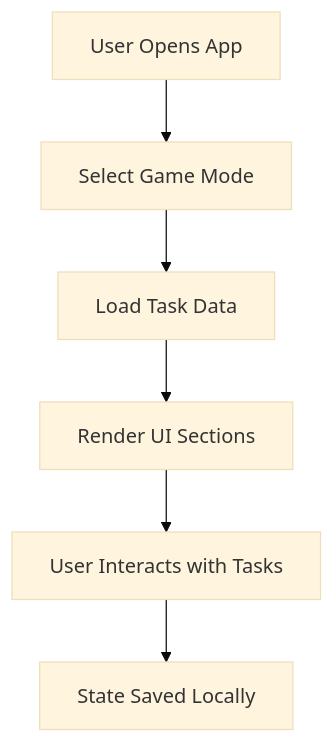
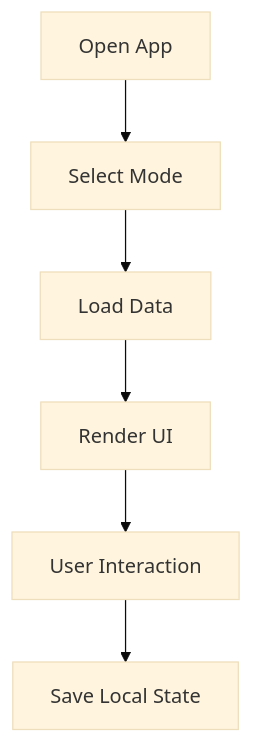
Before and after one commit to Zahzr/RSDailies: the diagram in README.md, drawn with Mermaid (base theme). The commit also changed other lines of this file and 3 other files, not shown here.

````diff
--- a/README.md
+++ b/README.md
@@ -87,8 +109,8 @@
 ```mermaid
 flowchart TD
-    A[User Opens App] --> B[Select Game Mode]
-    B --> C[Load Task Data]
-    C --> D[Render UI Sections]
-    D --> E[User Interacts with Tasks]
-    E --> F[State Saved Locally]
+A[Open App] --> B[Select Mode]
+B --> C[Load Data]
+C --> D[Render UI]
+D --> E[User Interaction]
+E --> F[Save Local State]
 ```
````
